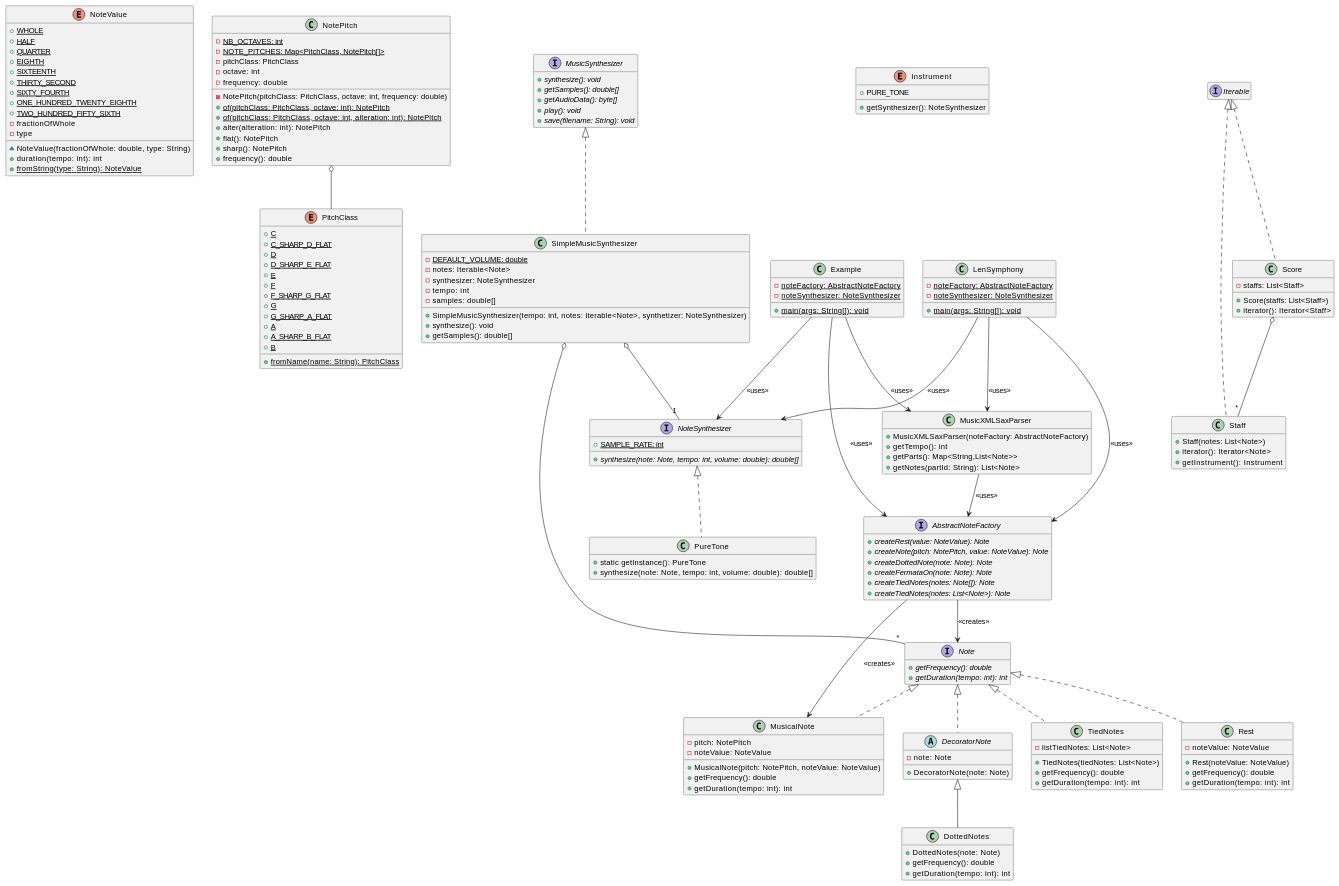
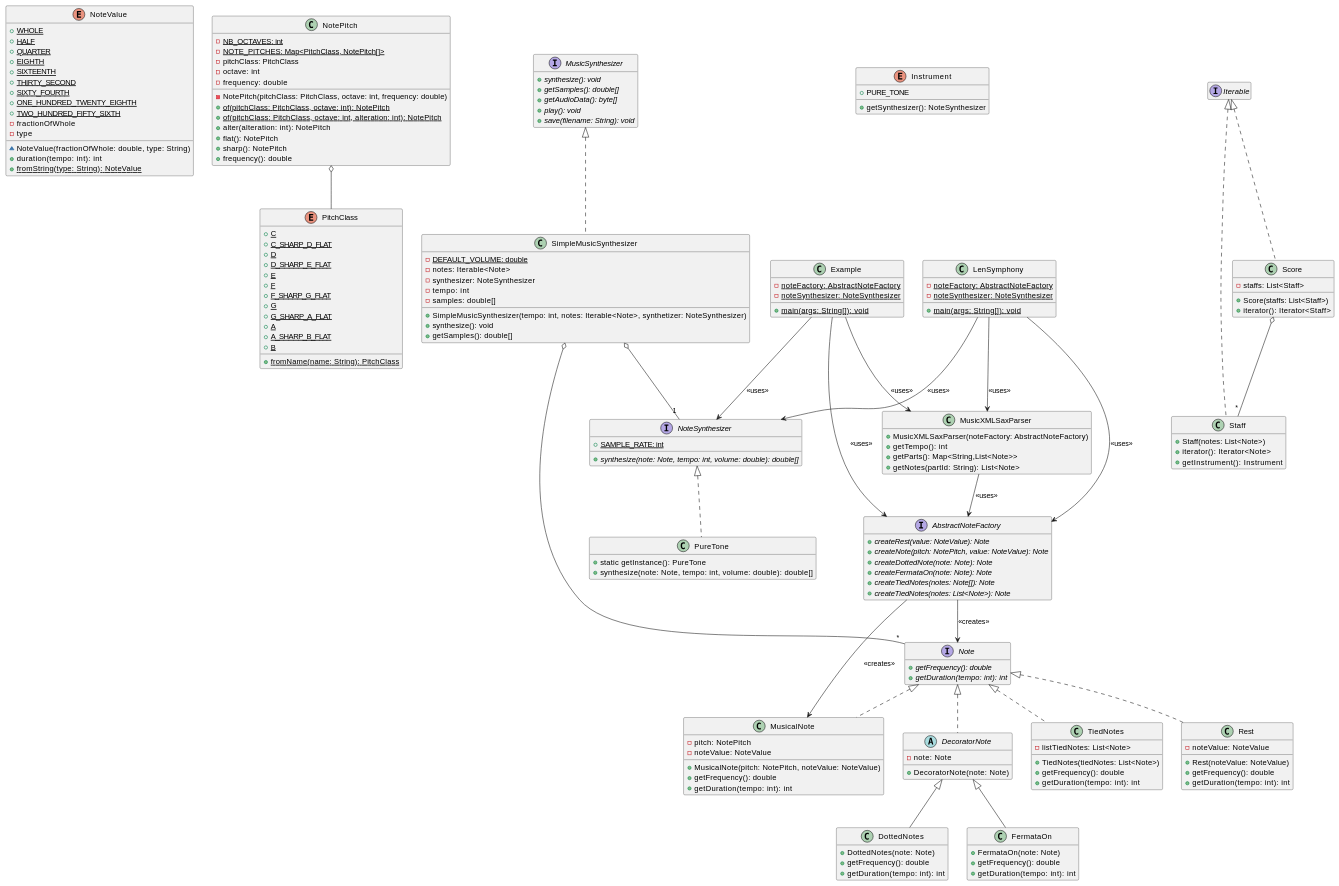
The diagram in README.md (Flamaiche/lensymphony), drawn with PlantUML before and after one commit. The commit also changed other lines of this file, not shown here.

Commit message:
Readme complete (Sprint 3 #22)

```diff
--- a/README.md
+++ b/README.md
@@ -98,6 +98,13 @@
     + getFrequency(): double
     + getDuration(tempo: int): int
 }
+
+class FermataOn extends DecoratorNote {
+    + FermataOn(note: Note)
+    + getFrequency(): double
+    + getDuration(tempo: int): int
+}
+
 
 
 class TiedNotes implements Note {
```
